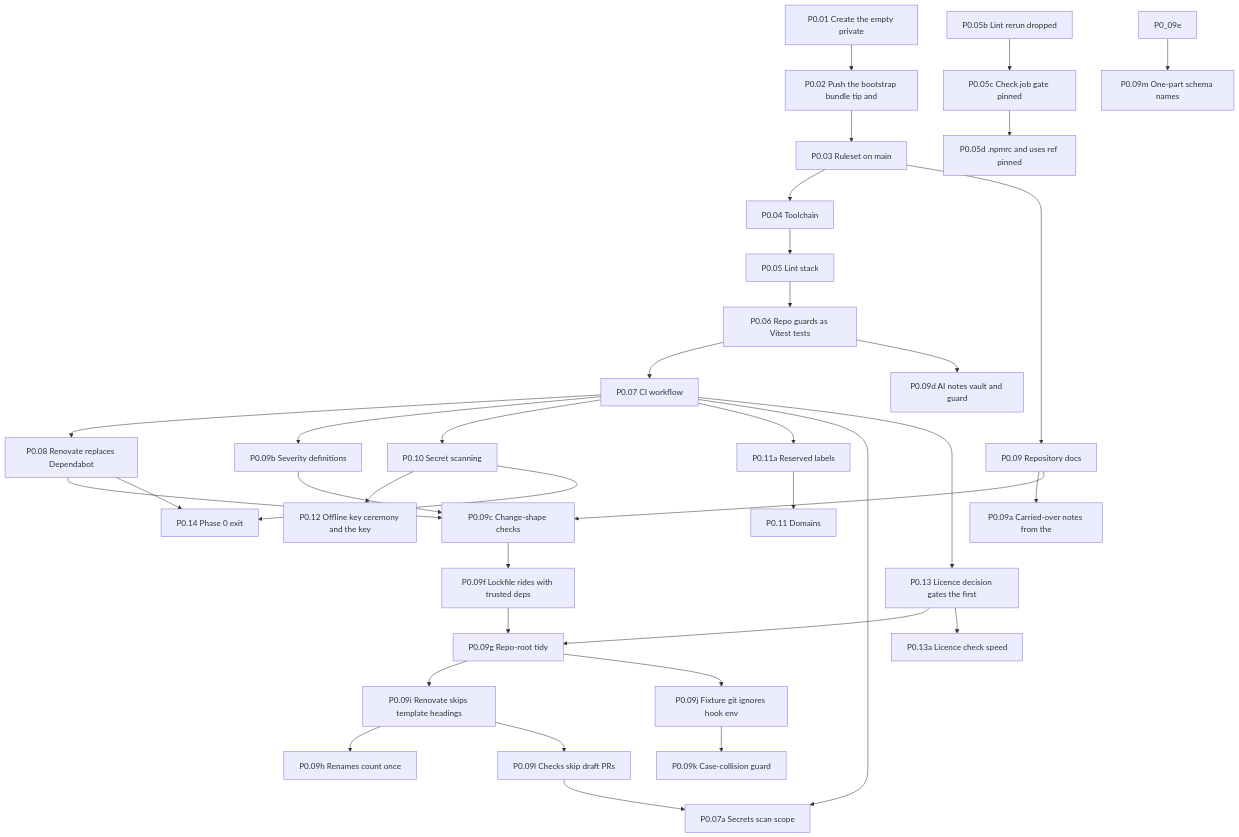
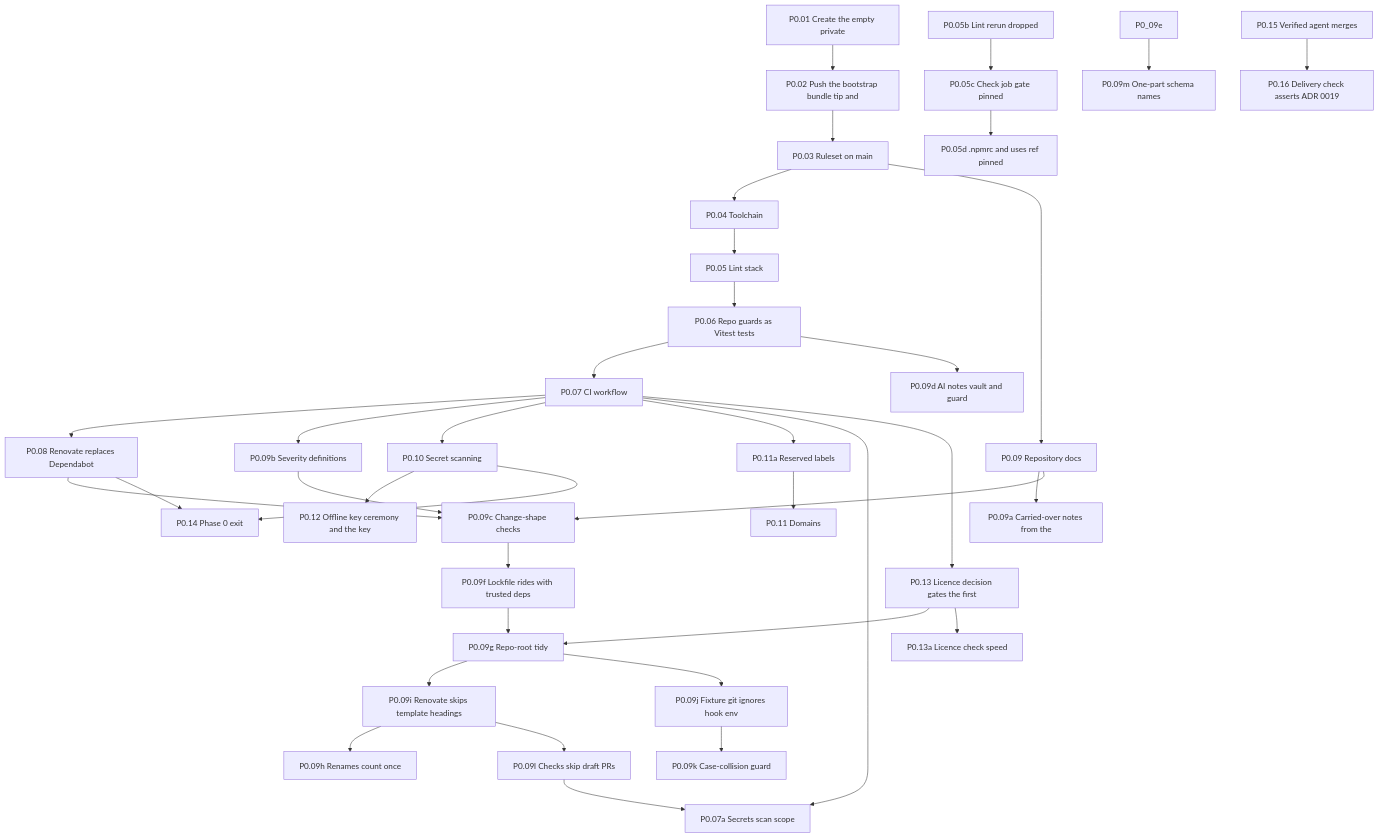
One commit to Undefined6799/unset changed the first of 11 diagrams in docs/ai/book/01-outline.md. Above: the diagram before and after it, drawn with Mermaid. The commit also changed other lines of this file and 3 other files, not shown here.

````diff
--- a/docs/ai/book/01-outline.md
+++ b/docs/ai/book/01-outline.md
@@ -63,70 +65,73 @@
 ```mermaid
 flowchart TD
   P0_01["P0.01 Create the empty private"]
   P0_02["P0.02 Push the bootstrap bundle tip and"]
   P0_03["P0.03 Ruleset on main"]
   P0_04["P0.04 Toolchain"]
   P0_05["P0.05 Lint stack"]
   P0_05b["P0.05b Lint rerun dropped"]
   P0_05c["P0.05c Check job gate pinned"]
   P0_05d["P0.05d .npmrc and uses ref pinned"]
   P0_06["P0.06 Repo guards as Vitest tests"]
   P0_07["P0.07 CI workflow"]
   P0_08["P0.08 Renovate replaces Dependabot"]
   P0_09["P0.09 Repository docs"]
   P0_09a["P0.09a Carried-over notes from the"]
   P0_09b["P0.09b Severity definitions"]
   P0_09c["P0.09c Change-shape checks"]
   P0_09d["P0.09d AI notes vault and guard"]
   P0_09f["P0.09f Lockfile rides with trusted deps"]
   P0_09g["P0.09g Repo-root tidy"]
   P0_09h["P0.09h Renames count once"]
   P0_09i["P0.09i Renovate skips template headings"]
   P0_09l["P0.09l Checks skip draft PRs"]
   P0_07a["P0.07a Secrets scan scope"]
   P0_09j["P0.09j Fixture git ignores hook env"]
   P0_09k["P0.09k Case-collision guard"]
   P0_09m["P0.09m One-part schema names"]
   P0_10["P0.10 Secret scanning"]
   P0_11a["P0.11a Reserved labels"]
   P0_11["P0.11 Domains"]
   P0_12["P0.12 Offline key ceremony and the key"]
   P0_13["P0.13 Licence decision gates the first"]
   P0_13a["P0.13a Licence check speed"]
   P0_14["P0.14 Phase 0 exit"]
+  P0_15["P0.15 Verified agent merges"]
+  P0_16["P0.16 Delivery check asserts ADR 0019"]
   P0_01 --> P0_02
   P0_02 --> P0_03
   P0_03 --> P0_04
   P0_04 --> P0_05
   P0_05b --> P0_05c
   P0_05c --> P0_05d
   P0_05 --> P0_06
   P0_06 --> P0_07
   P0_07 --> P0_08
   P0_03 --> P0_09
   P0_09 --> P0_09a
   P0_07 --> P0_09b
   P0_08 --> P0_09c
   P0_09 --> P0_09c
   P0_09b --> P0_09c
   P0_06 --> P0_09d
   P0_09c --> P0_09f
   P0_09f --> P0_09g
   P0_13 --> P0_09g
   P0_09g --> P0_09i
   P0_09g --> P0_09j
   P0_09i --> P0_09h
   P0_09j --> P0_09k
   P0_09e --> P0_09m
   P0_09i --> P0_09l
   P0_07 --> P0_10
   P0_07 --> P0_11a
   P0_07 --> P0_07a
   P0_09l --> P0_07a
   P0_11a --> P0_11
   P0_10 --> P0_12
   P0_07 --> P0_13
   P0_13 --> P0_13a
   P0_08 --> P0_14
   P0_10 --> P0_14
+  P0_15 --> P0_16
 ```
````
